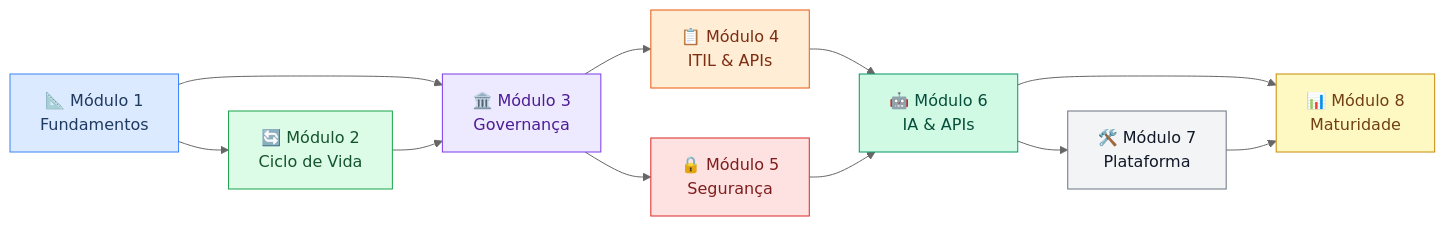
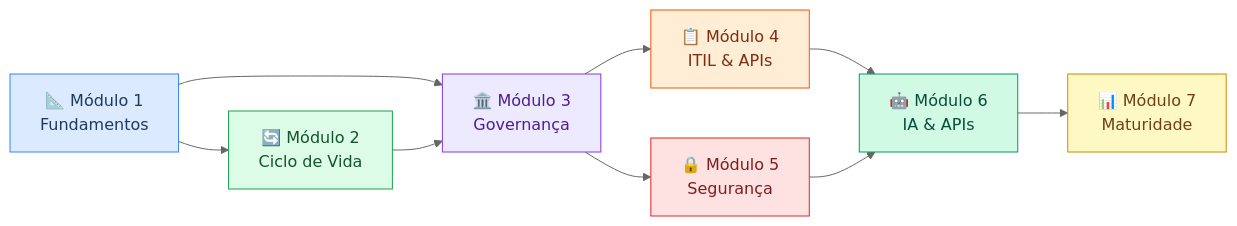
Before and after one commit to fgmira/estudo-api-management: the diagram in docs/index.md, drawn with Mermaid (neutral theme). The commit also changed other lines of this file and 24 other files, not shown here.

First line of the commit message:
docs: reestruturação editorial — módulo 7 passa a ser Maturidade (caps 7.1–7.12)

````diff
--- a/docs/index.md
+++ b/docs/index.md
@@ -9,31 +9,27 @@
 ```mermaid
 flowchart LR
     M1["📐 Módulo 1\nFundamentos"]
     M2["🔄 Módulo 2\nCiclo de Vida"]
     M3["🏛️ Módulo 3\nGovernança"]
     M4["📋 Módulo 4\nITIL & APIs"]
     M5["🔒 Módulo 5\nSegurança"]
     M6["🤖 Módulo 6\nIA & APIs"]
-    M7["🛠️ Módulo 7\nPlataforma"]
-    M8["📊 Módulo 8\nMaturidade"]
+    M7["📊 Módulo 7\nMaturidade"]
 
     M1 --> M2
     M1 --> M3
     M2 --> M3
     M3 --> M4
     M3 --> M5
     M4 --> M6
     M5 --> M6
     M6 --> M7
-    M6 --> M8
-    M7 --> M8
 
     style M1 fill:#dbeafe,color:#1e3a5f,stroke:#3b82f6
     style M2 fill:#dcfce7,color:#14532d,stroke:#16a34a
     style M3 fill:#ede9fe,color:#4c1d95,stroke:#7c3aed
     style M4 fill:#ffedd5,color:#7c2d12,stroke:#ea580c
     style M5 fill:#fee2e2,color:#7f1d1d,stroke:#dc2626
     style M6 fill:#d1fae5,color:#064e3b,stroke:#059669
-    style M7 fill:#f3f4f6,color:#111827,stroke:#6b7280
-    style M8 fill:#fef9c3,color:#713f12,stroke:#ca8a04
+    style M7 fill:#fef9c3,color:#713f12,stroke:#ca8a04
 ```
````
